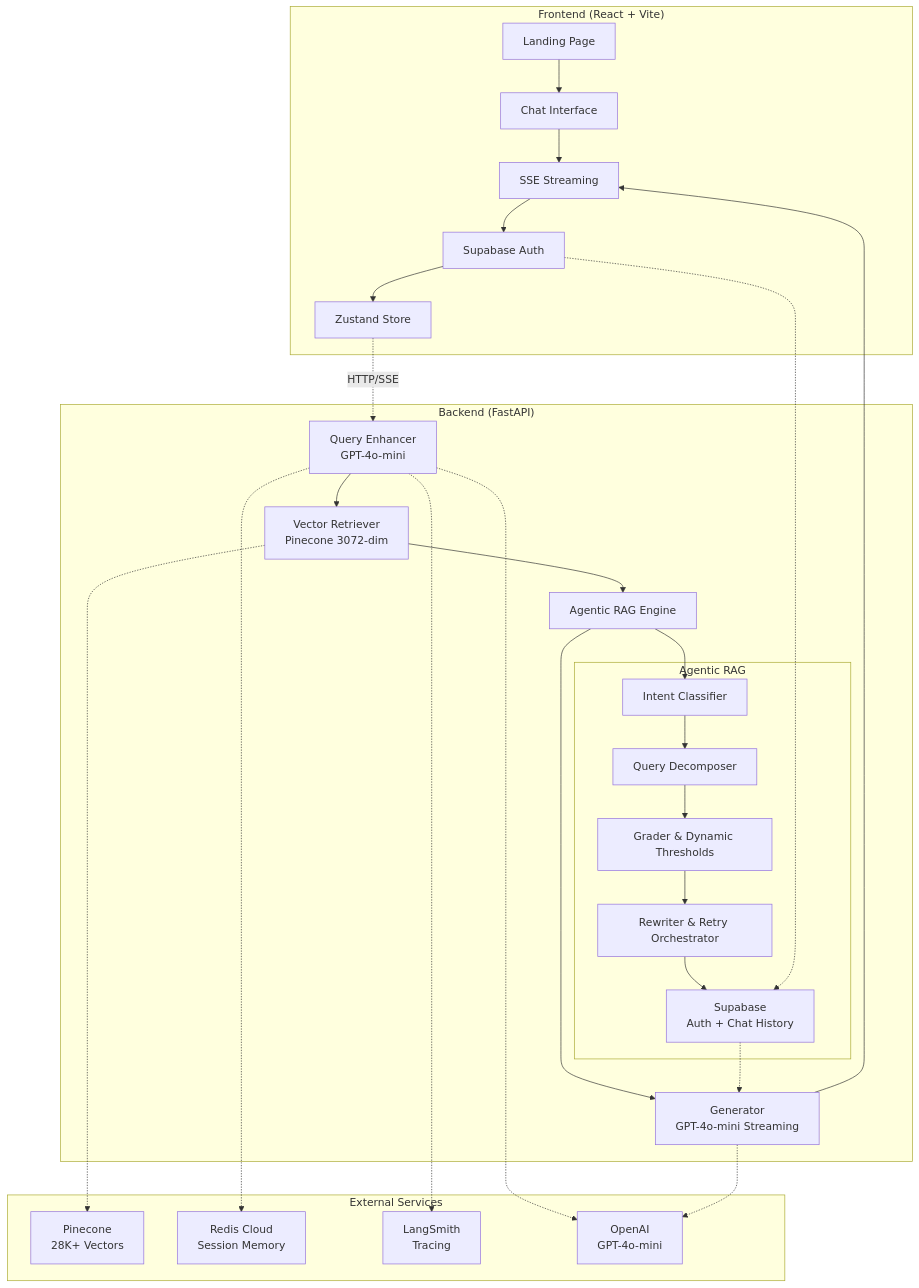
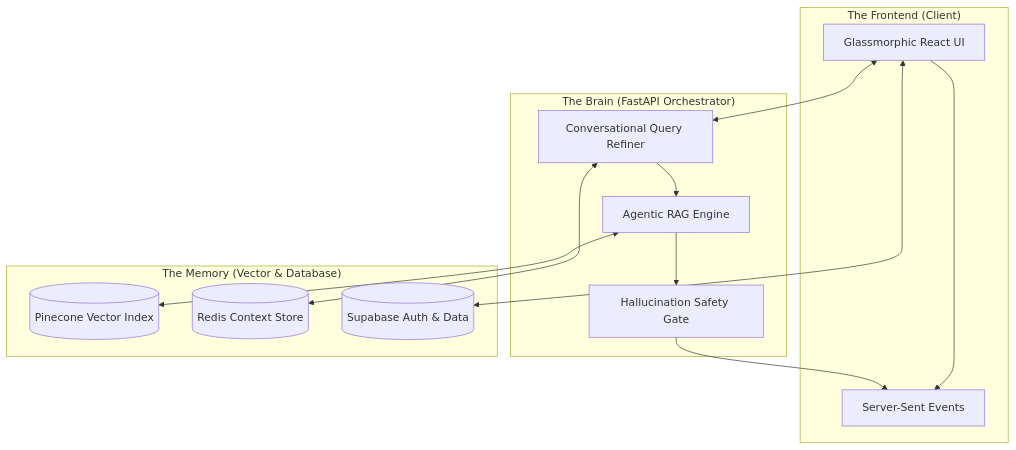
The diagram in README.md (HammadAli08/UOE_AI_Assistant), drawn with Mermaid before and after one commit. The commit also changed other lines of this file, not shown here.

Commit message:
About us page added, metadata parsing after query enhancement

````diff
--- a/README.md
+++ b/README.md
@@ -44,41 +47,26 @@
 ```mermaid
-graph TB
-    subgraph "Frontend (React + Vite)"
-        A[Landing Page] --> B[Chat Interface]
-        B --> C[SSE Streaming]
-        C --> D[Supabase Auth]
-        D --> E[Zustand Store]
+graph TD
+    subgraph "The Frontend (Client)"
+        UI[Glassmorphic React UI] --> SSE[Server-Sent Events]
     end
-    
-    subgraph "Backend (FastAPI)"
-        F[Query Enhancer<br/>GPT-4o-mini] --> G[Vector Retriever<br/>Pinecone 3072-dim]
-        G --> H[Agentic RAG Engine]
-        H --> I[Generator<br/>GPT-4o-mini Streaming]
-        
-        subgraph "Agentic RAG"
-            J[Intent Classifier] --> K[Query Decomposer]
-            K --> L[Grader & Dynamic Thresholds]
-            L --> M[Rewriter & Retry Orchestrator]
-            M --> N[Three-State Hallucination Guard]
-        end
+
+    subgraph "The Brain (FastAPI Orchestrator)"
+        Logic[Agentic RAG Engine]
+        Enhancer[Conversational Query Refiner]
+        Guard[Hallucination Safety Gate]
     end
-    
-    subgraph "External Services"
-        N[Supabase<br/>Auth + Chat History]
-        O[Pinecone<br/>28K+ Vectors]
-        P[Redis Cloud<br/>Session Memory]
-        Q[LangSmith<br/>Tracing]
-        R[OpenAI<br/>GPT-4o-mini]
+
+    subgraph "The Memory (Vector & Database)"
+        P[(Pinecone Vector Index)]
+        R[(Redis Context Store)]
+        S[(Supabase Auth & Data)]
     end
-    
-    E -.->|HTTP/SSE| F
-    I --> C
-    H --> J
-    N -.-> I
-    F -.-> R
-    I -.-> R
-    G -.-> O
-    F -.-> P
-    F -.-> Q
-    D -.-> N
+
+    UI <--> Enhancer
+    Enhancer --> Logic
+    Logic <--> P
+    Logic --> Guard
+    Guard --> SSE
+    Enhancer <--> R
+    UI <--> S
 ```
````
